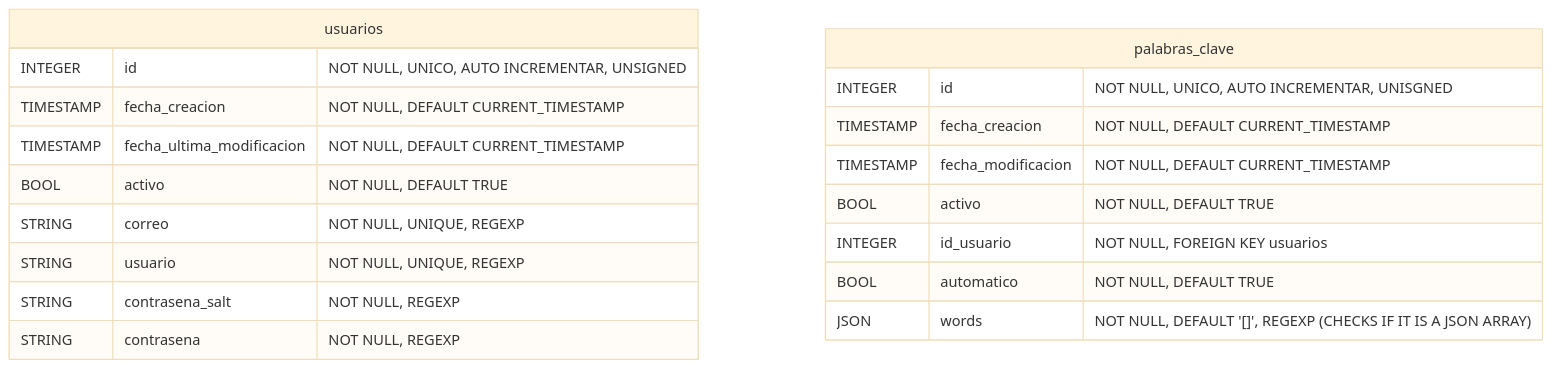
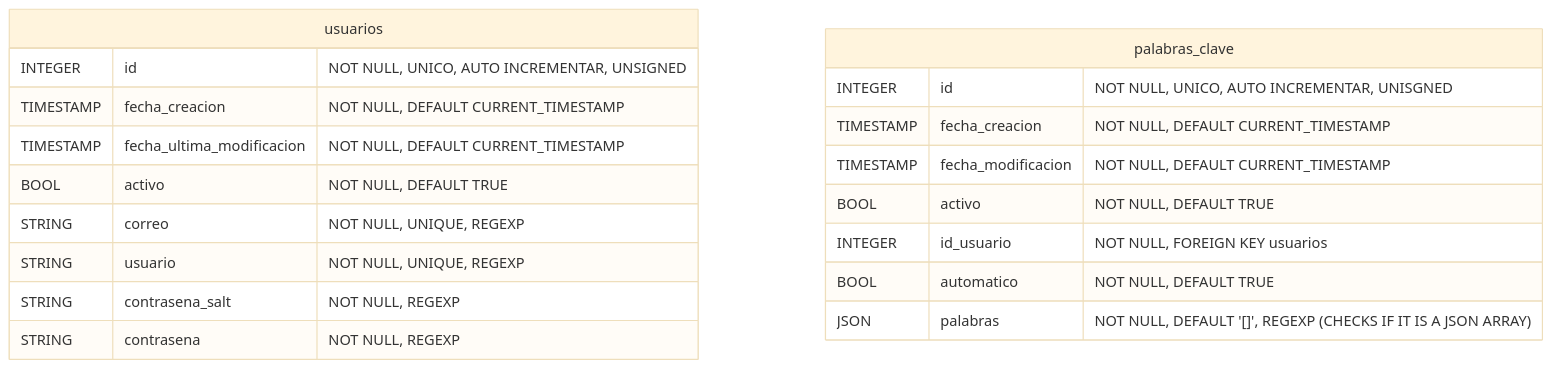
One commit to SebasGA19/spAInews changed the first of 2 diagrams in docs/Base de datos.md. Above: the diagram before and after it, drawn with Mermaid (base theme). The commit also changed 1 other file, not shown here.

Commit message:
Tabla palabras_clave definicion y script

````diff
--- a/docs/Base de datos.md
+++ b/docs/Base de datos.md
@@ -9,23 +9,23 @@
 ```mermaid
 erDiagram
 	usuarios {
 		INTEGER id "NOT NULL, UNICO, AUTO INCREMENTAR, UNSIGNED"
 		TIMESTAMP fecha_creacion "NOT NULL, DEFAULT CURRENT_TIMESTAMP"
 		TIMESTAMP fecha_ultima_modificacion "NOT NULL, DEFAULT CURRENT_TIMESTAMP"
 		BOOL activo "NOT NULL, DEFAULT TRUE"
 		STRING correo "NOT NULL, UNIQUE, REGEXP"
 		STRING usuario "NOT NULL, UNIQUE, REGEXP"
 		STRING contrasena_salt "NOT NULL, REGEXP"
 		STRING contrasena "NOT NULL, REGEXP"
 	}
 	palabras_clave {
 		INTEGER id "NOT NULL, UNICO, AUTO INCREMENTAR, UNISGNED"
 		TIMESTAMP fecha_creacion "NOT NULL, DEFAULT CURRENT_TIMESTAMP"
 		TIMESTAMP fecha_modificacion "NOT NULL, DEFAULT CURRENT_TIMESTAMP"
 		BOOL activo "NOT NULL, DEFAULT TRUE"
 		INTEGER id_usuario "NOT NULL, FOREIGN KEY usuarios"
 		BOOL automatico "NOT NULL, DEFAULT TRUE"
-		JSON words "NOT NULL, DEFAULT '[]', REGEXP (CHECKS IF IT IS A JSON ARRAY)"
+		JSON palabras "NOT NULL, DEFAULT '[]', REGEXP (CHECKS IF IT IS A JSON ARRAY)"
 	}
 	
 ```
````
